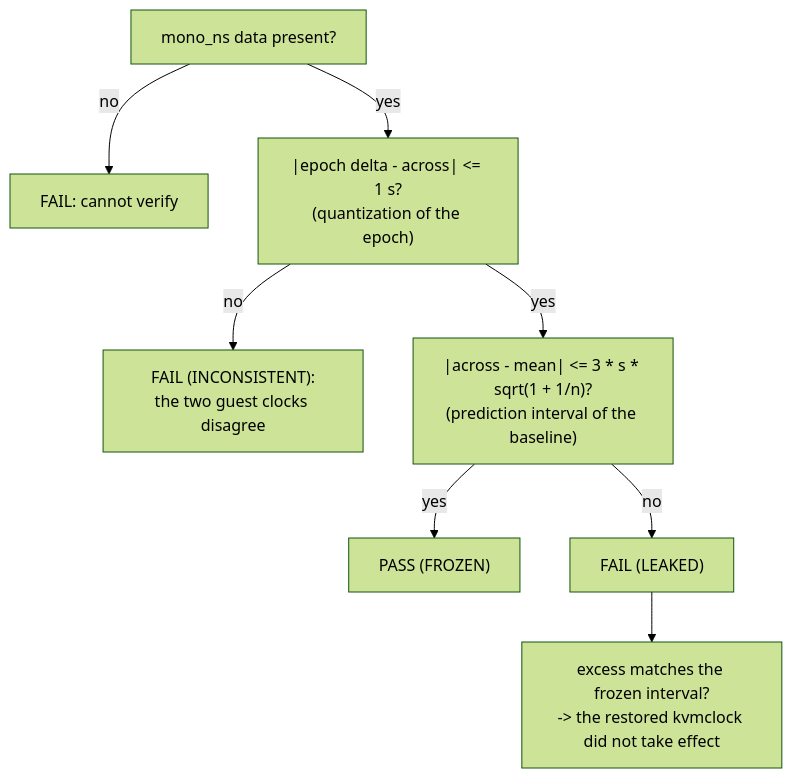
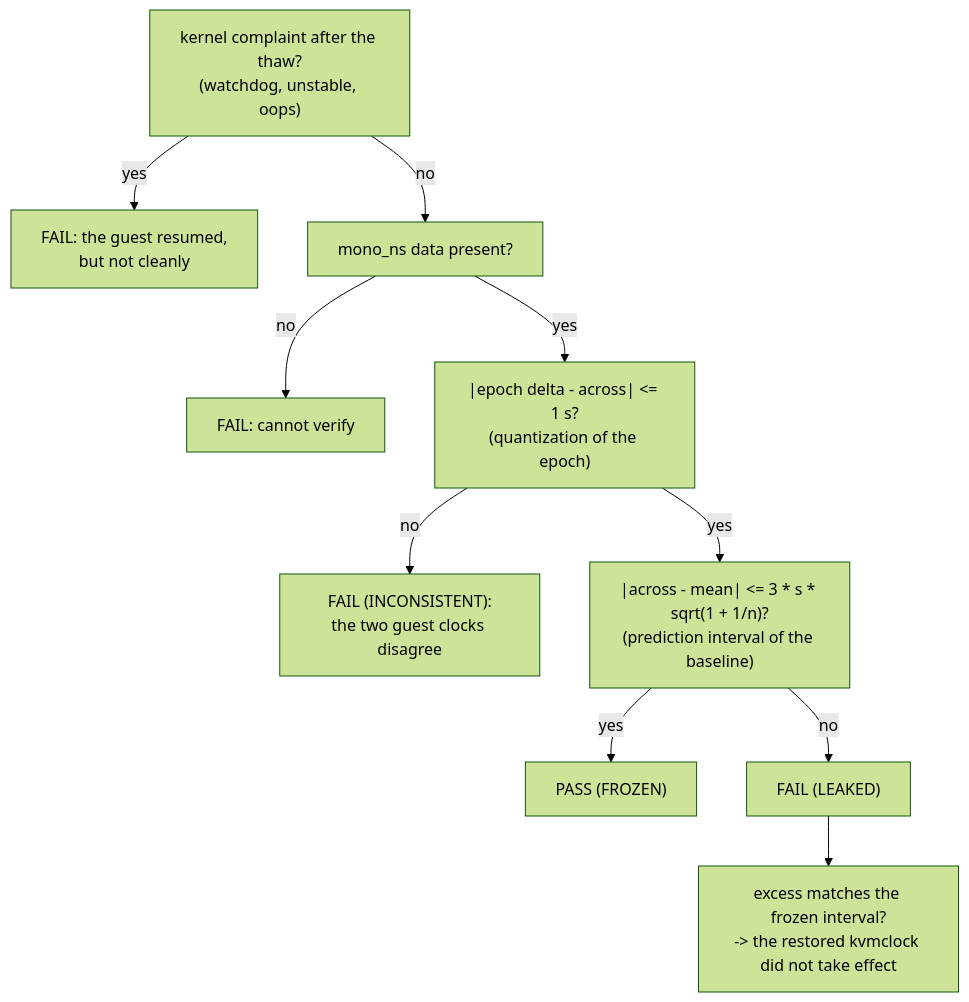
One commit to omne-earth/cella changed the fifth of 7 diagrams in docs/FREEZE-THAW.md. Above: the diagram before and after it, drawn with Mermaid (forest theme). The commit also changed other lines of this file and 2 other files, not shown here.

First line of the commit message:
Fail the probe on a post-thaw kernel complaint, and add probe-thaw-gate

````diff
--- a/docs/FREEZE-THAW.md
+++ b/docs/FREEZE-THAW.md
@@ -166,10 +166,12 @@
 ```mermaid
 flowchart TD
+    A0["kernel complaint after the thaw?<br/>(watchdog, unstable, oops)"] -->|yes| F0["FAIL: the guest resumed,<br/>but not cleanly"]
+    A0 -->|no| A
     A["mono_ns data present?"] -->|no| F1["FAIL: cannot verify"]
     A -->|yes| B["|epoch delta - across| <= 1 s?<br/>(quantization of the epoch)"]
     B -->|no| F2["FAIL (INCONSISTENT):<br/>the two guest clocks disagree"]
     B -->|yes| C["|across - mean| <= 3 * s * sqrt(1 + 1/n)?<br/>(prediction interval of the baseline)"]
     C -->|yes| P["PASS (FROZEN)"]
     C -->|no| F3["FAIL (LEAKED)"]
     F3 --> D["excess matches the frozen interval?<br/>-> the restored kvmclock did not take effect"]
 ```
````
